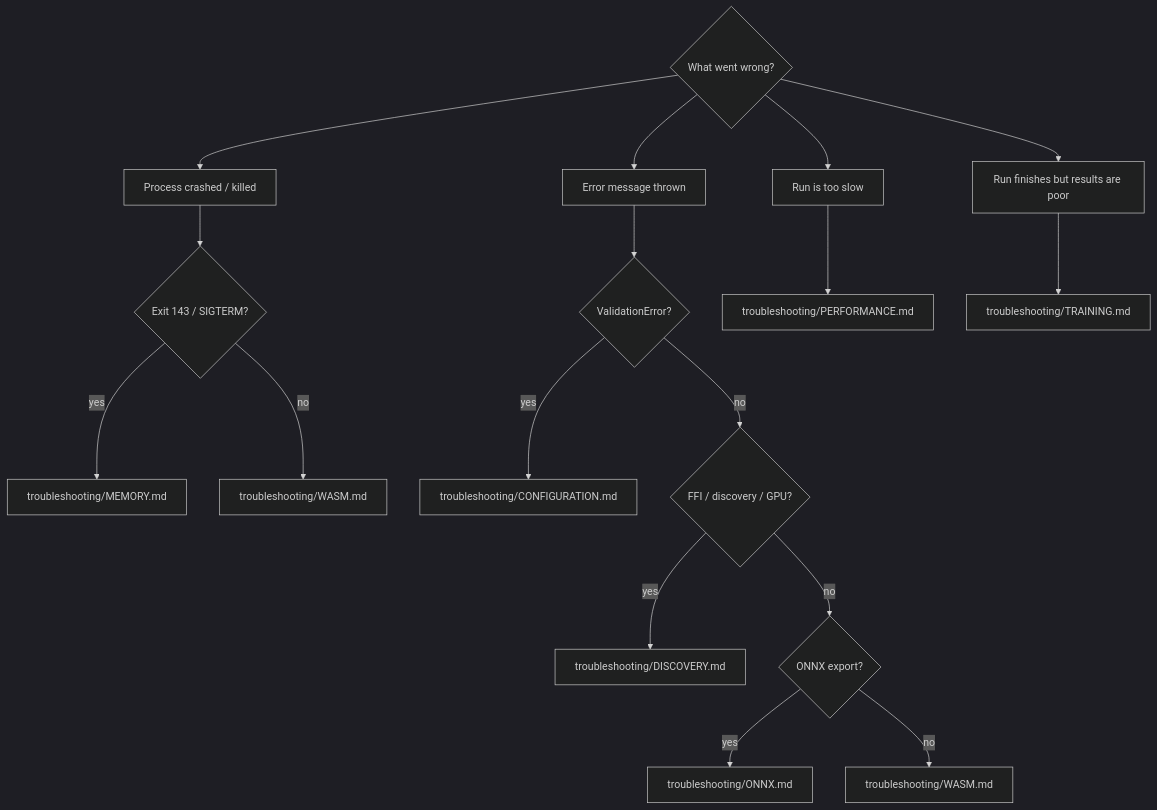
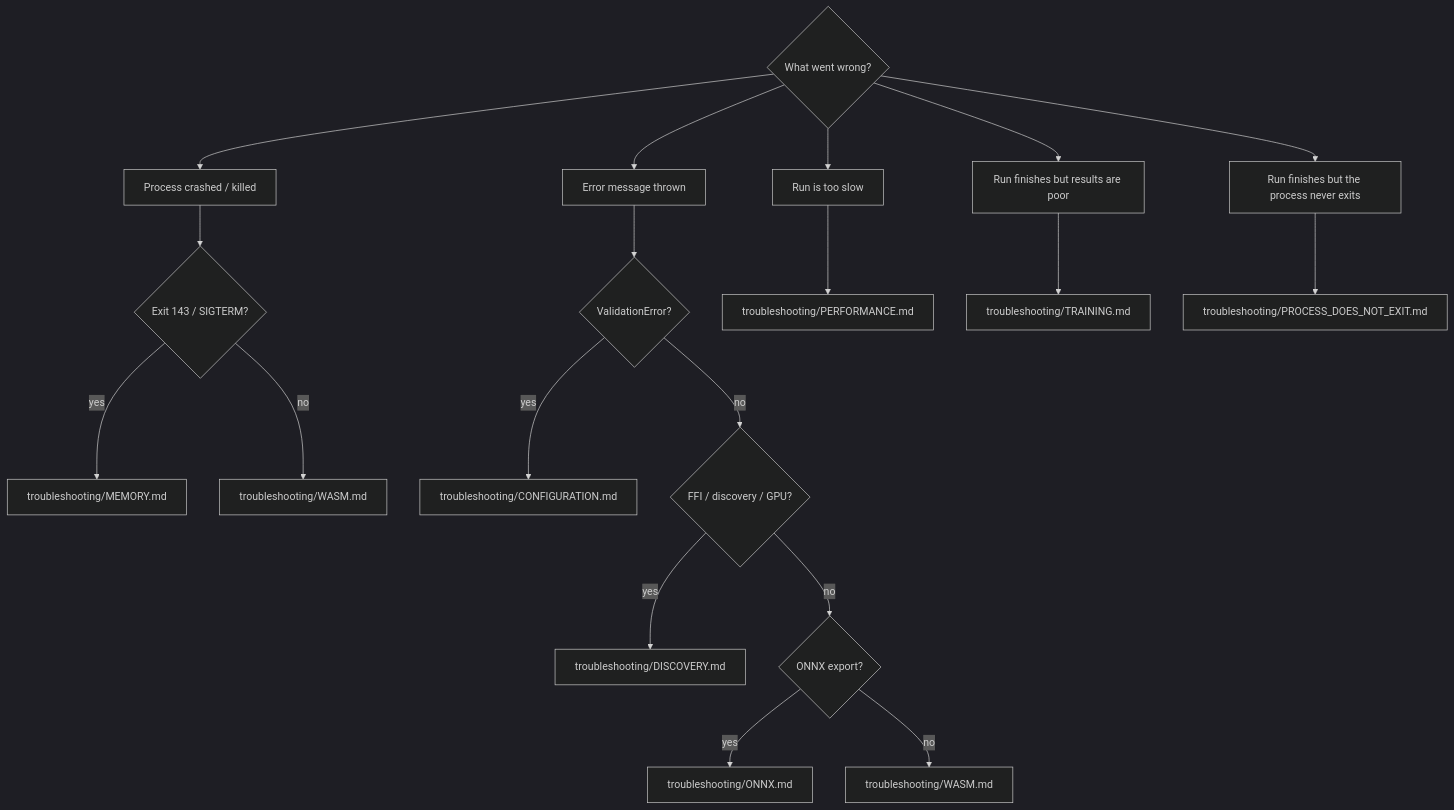
The second of 2 diagrams in docs/TROUBLESHOOTING.md (stSoftwareAU/NEAT-AI), drawn with Mermaid (dark theme) before and after one commit. The commit also changed other lines of this file and 20 other files, not shown here.

First line of the commit message:
Process never exits after evolveDir returns following a worker quarantine (7.0.66): industry EvolveApp silent 2 h after its last statement, stale-window kill loses the run's model… (Issue #4126) (#4130)

````diff
--- a/docs/TROUBLESHOOTING.md
+++ b/docs/TROUBLESHOOTING.md
@@ -29,23 +30,26 @@
 ```mermaid
 flowchart TD
     Start{What went wrong?} --> Crash[Process crashed / killed]
     Start --> Err[Error message thrown]
     Start --> Slow[Run is too slow]
     Start --> Bad[Run finishes but results are poor]
+    Start --> Hang[Run finishes but the process never exits]
 
     Crash --> OOM{Exit 143 / SIGTERM?}
     OOM -->|yes| Mem[troubleshooting/MEMORY.md]
     OOM -->|no| WASMc[troubleshooting/WASM.md]
 
     Err --> Val{ValidationError?}
     Val -->|yes| Cfg[troubleshooting/CONFIGURATION.md]
     Val -->|no| Ffi{FFI / discovery / GPU?}
     Ffi -->|yes| Disc[troubleshooting/DISCOVERY.md]
     Ffi -->|no| Onnx{ONNX export?}
     Onnx -->|yes| ONNXd[troubleshooting/ONNX.md]
     Onnx -->|no| WASMe[troubleshooting/WASM.md]
 
     Slow --> Perf[troubleshooting/PERFORMANCE.md]
 
     Bad --> Train[troubleshooting/TRAINING.md]
+
+    Hang --> Exit[troubleshooting/PROCESS_DOES_NOT_EXIT.md]
 ```
````
